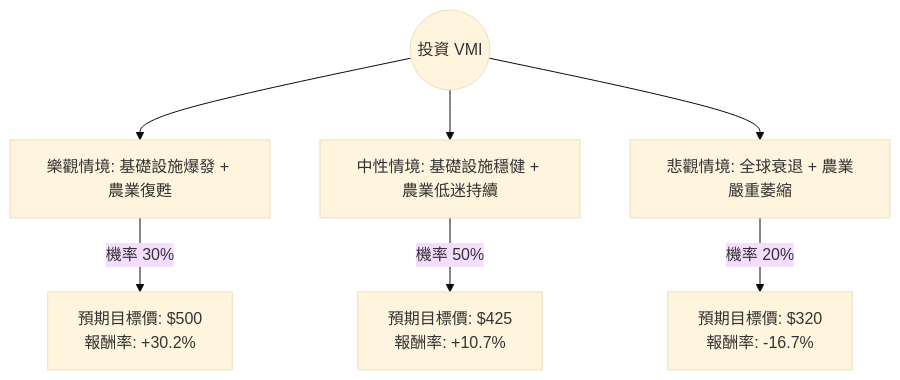
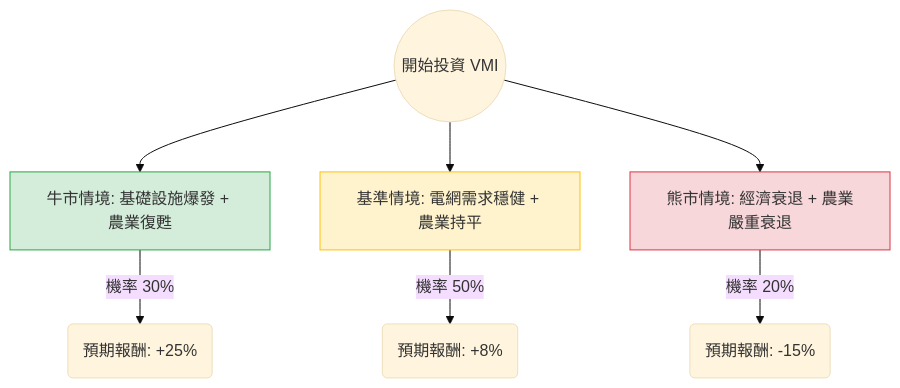
Before and after one commit to zmcx16/zmcx16.github.io: the diagram in plugin-react/ai-analysis/ev-analysis/VMI.md, drawn with Mermaid (base theme). The commit also changed other lines of this file and 80 other files, not shown here.

````diff
--- a/plugin-react/ai-analysis/ev-analysis/VMI.md
+++ b/plugin-react/ai-analysis/ev-analysis/VMI.md
@@ -22,10 +22,14 @@
 ```mermaid
 graph TD
-    Start((投資 VMI)) --> Bull[樂觀情境: 基礎設施爆發 + 農業復甦]
-    Start --> Base[中性情境: 基礎設施穩健 + 農業低迷持續]
-    Start --> Bear[悲觀情境: 全球衰退 + 農業嚴重萎縮]
+    Start((開始投資 VMI)) --> Bull[牛市情境: 基礎設施爆發 + 農業復甦]
+    Start --> Base[基準情境: 電網需求穩健 + 農業持平]
+    Start --> Bear[熊市情境: 經濟衰退 + 農業嚴重衰退]
 
-    Bull -- "機率 30%" --> BullVal["預期目標價: $500 <br/> 報酬率: +30.2%"]
-    Base -- "機率 50%" --> BaseVal["預期目標價: $425 <br/> 報酬率: +10.7%"]
-    Bear -- "機率 20%" --> BearVal["預期目標價: $320 <br/> 報酬率: -16.7%"]
+    Bull -- "機率 30%" --> BullResult(預期報酬: +25%)
+    Base -- "機率 50%" --> BaseResult(預期報酬: +8%)
+    Bear -- "機率 20%" --> BearResult(預期報酬: -15%)
+
+    style Bull fill:#d4edda,stroke:#28a745
+    style Base fill:#fff3cd,stroke:#ffc107
+    style Bear fill:#f8d7da,stroke:#dc3545
 ```
````
